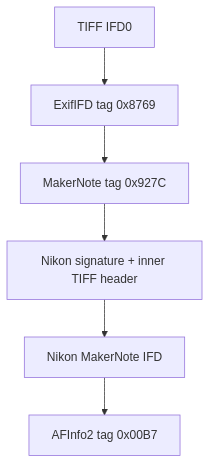
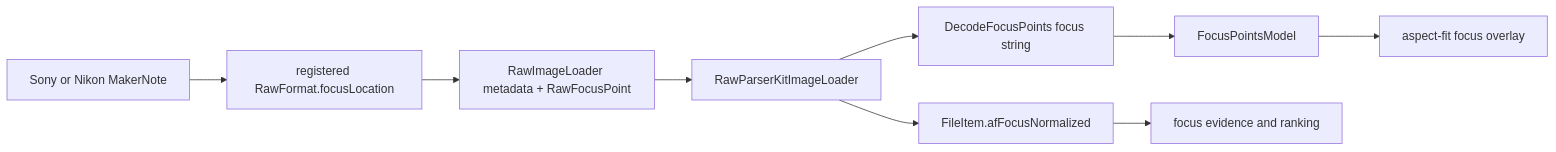
Before and after one commit to rsyncOSX/TechDocRawcull: the diagram in content/en/docs/sonymakernoteparser.md, drawn with Mermaid. The commit also changed other lines of this file and 7 other files, not shown here.

````diff
--- a/content/en/docs/sonymakernoteparser.md
+++ b/content/en/docs/sonymakernoteparser.md
@@ -88,8 +47,11 @@
 ```mermaid
-flowchart TD
-    A["TIFF IFD0"] --> B["ExifIFD tag 0x8769"]
-    B --> C["MakerNote tag 0x927C"]
-    C --> D["Nikon signature + inner TIFF header"]
-    D --> E["Nikon MakerNote IFD"]
-    E --> F["AFInfo2 tag 0x00B7"]
+flowchart LR
+    Maker["Sony or Nikon MakerNote"] --> Format["registered RawFormat.focusLocation"]
+    Format --> Meta["RawImageLoader metadata + RawFocusPoint"]
+    Meta --> Adapter["RawParserKitImageLoader"]
+    Adapter --> Item["FileItem.afFocusNormalized"]
+    Adapter --> Legacy["DecodeFocusPoints focus string"]
+    Legacy --> Focus["FocusPointsModel"]
+    Focus --> Overlay["aspect-fit focus overlay"]
+    Item --> Analysis["focus evidence and ranking"]
 ```
````
